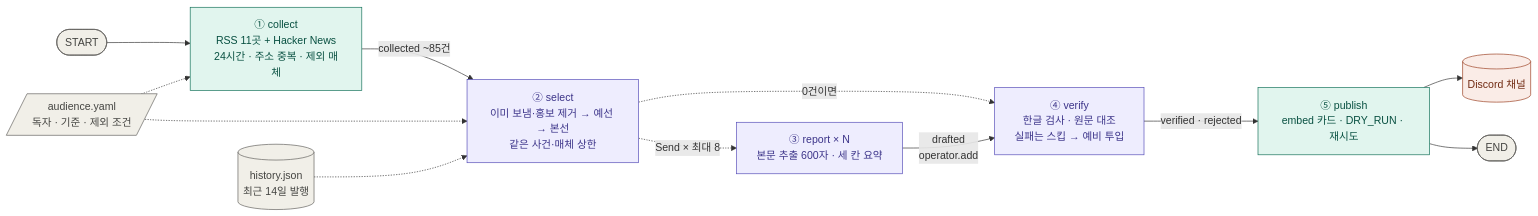
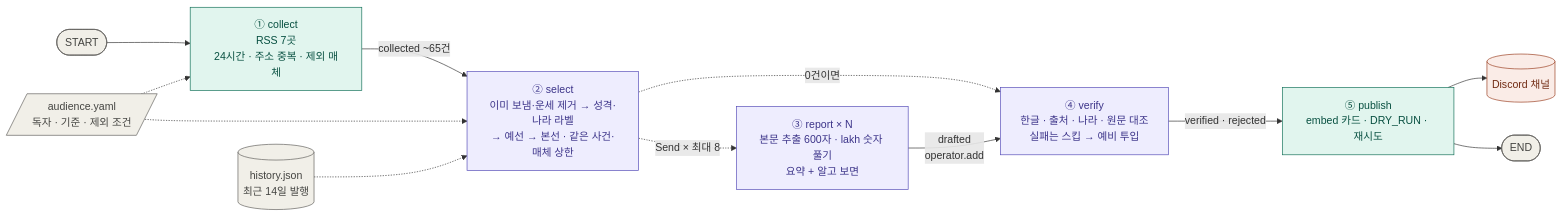
Before and after one commit to rome777/newsletter-agent: the diagram in REPORT.md, drawn with Mermaid. The commit also changed other lines of this file and 9 other files, not shown here.

````diff
--- a/REPORT.md
+++ b/REPORT.md
@@ -146,24 +182,24 @@
 ```mermaid
 flowchart LR
-    S([START]) --> C["① collect<br/>RSS 11곳 + Hacker News<br/>24시간 · 주소 중복 · 제외 매체"]
-    C -->|collected ~85건| SE["② select<br/>이미 보냄·홍보 제거 → 예선 → 본선<br/>같은 사건·매체 상한"]
-    SE -.->|Send × 최대 8| R["③ report × N<br/>본문 추출 600자 · 세 칸 요약"]
+    S([START]) --> C["① collect<br/>RSS 7곳<br/>24시간 · 주소 중복 · 제외 매체"]
+    C -->|collected ~65건| SE["② select<br/>이미 보냄·운세 제거 → 성격·나라 라벨<br/>→ 예선 → 본선 · 같은 사건·매체 상한"]
+    SE -.->|Send × 최대 8| R["③ report × N<br/>본문 추출 600자 · lakh 숫자 풀기<br/>요약 + 알고 보면"]
     SE -.->|0건이면| V
-    R -->|drafted<br/>operator.add| V["④ verify<br/>한글 검사 · 원문 대조<br/>실패는 스킵 → 예비 투입"]
+    R -->|drafted<br/>operator.add| V["④ verify<br/>한글 · 출처 · 나라 · 원문 대조<br/>실패는 스킵 → 예비 투입"]
     V -->|verified · rejected| P["⑤ publish<br/>embed 카드 · DRY_RUN · 재시도"]
     P --> D[("Discord 채널")]
     P --> E([END])
 
     Y[/"audience.yaml<br/>독자 · 기준 · 제외 조건"/] -.-> C
     Y -.-> SE
     H[("history.json<br/>최근 14일 발행")] -.-> SE
 
     classDef llm fill:#EEEDFE,stroke:#534AB7,color:#3C3489
     classDef code fill:#E1F5EE,stroke:#0F6E56,color:#085041
     classDef out fill:#FAECE7,stroke:#993C1D,color:#712B13
     classDef term fill:#F1EFE8,stroke:#5F5E5A,color:#444441
     class SE,R,V llm
     class C,P code
     class D out
     class S,E,Y,H term
 ```
````
